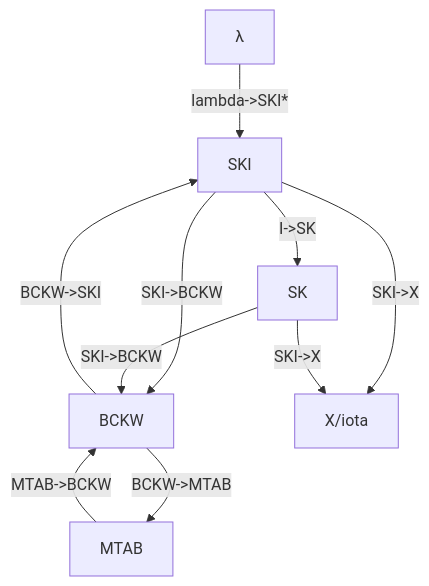
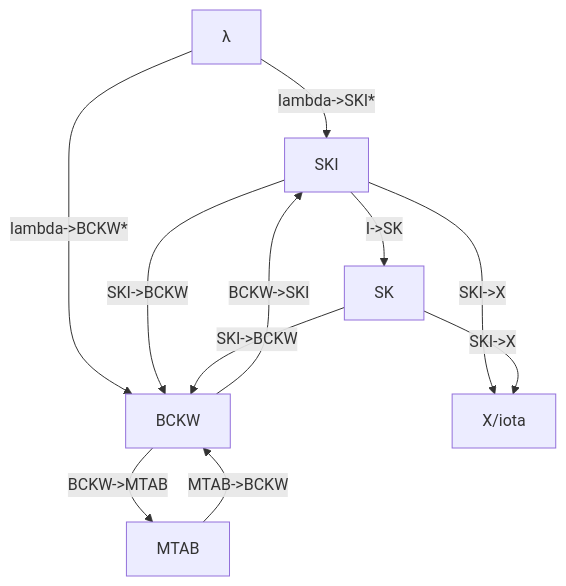
Before and after one commit to dokutan/combinator-playground: the diagram in README.md, drawn with Mermaid. The commit also changed other lines of this file and 5 other files, not shown here.

````diff
--- a/README.md
+++ b/README.md
@@ -29,12 +29,13 @@
 ```mermaid
 graph TD;
     lambda[λ]-->|lambda->SKI*|SKI;
+    lambda[λ]-->|lambda->BCKW*|BCKW;
     SKI-->|I->SK|SK;
     SKI-->|SKI->BCKW|BCKW;
     SK-->|SKI->BCKW|BCKW;
     SKI-->|SKI->X|X/iota;
     SK-->|SKI->X|X/iota;
     BCKW-->|BCKW->SKI|SKI;
     MTAB-->|MTAB->BCKW|BCKW;
     BCKW-->|BCKW->MTAB|MTAB;
 ```
````
